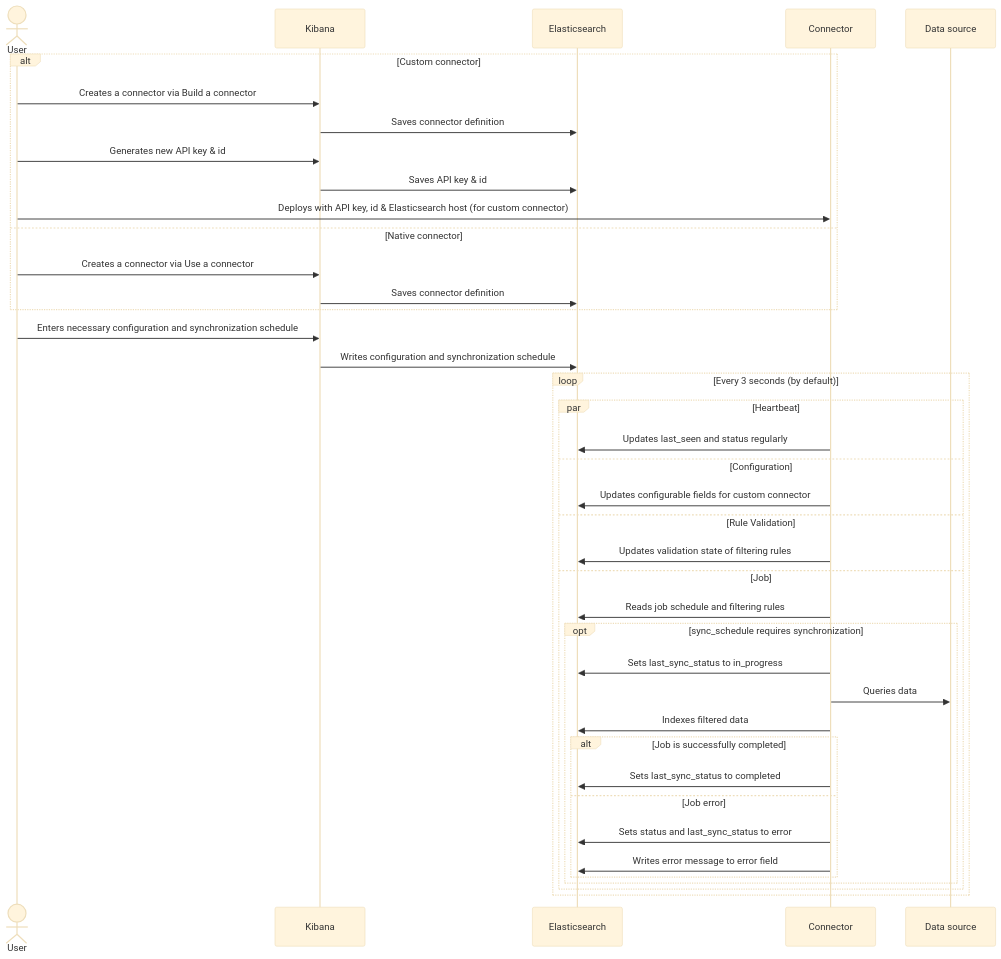
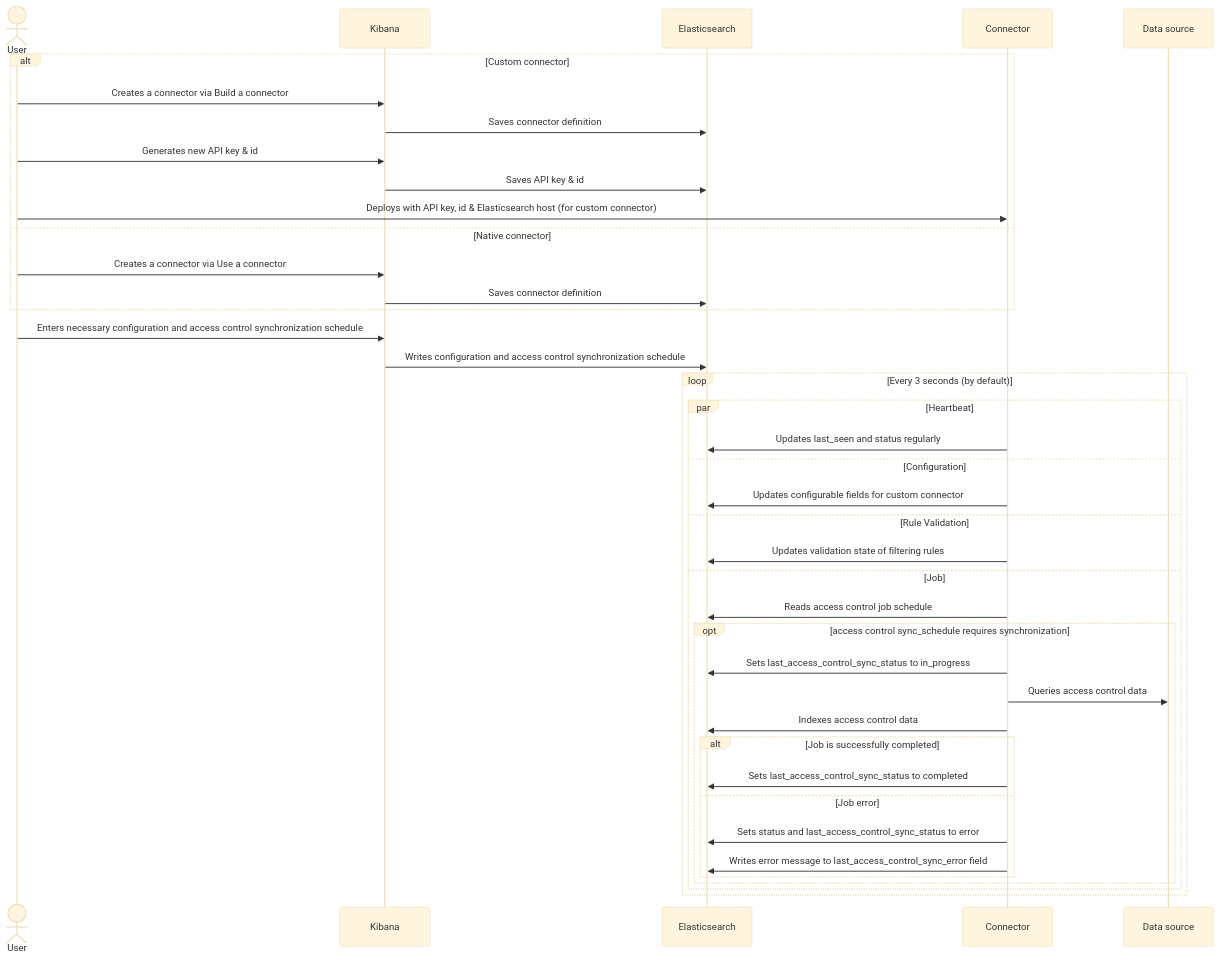
Before and after one commit to elastic/connectors: the second of 2 diagrams in docs/CONNECTOR_PROTOCOL.md, drawn with Mermaid (base theme). The commit also changed other lines of this file, not shown here.

Commit message:
Add access control sync sequence diagram.

````diff
--- a/docs/CONNECTOR_PROTOCOL.md
+++ b/docs/CONNECTOR_PROTOCOL.md
@@ -518,42 +568,42 @@
 ```mermaid
 sequenceDiagram
     actor User
     participant Kibana
     participant Elasticsearch
     participant Connector
     participant Data source
     alt Custom connector
         User->>Kibana: Creates a connector via Build a connector
         Kibana->>Elasticsearch: Saves connector definition
         User->>Kibana: Generates new API key & id
         Kibana->>Elasticsearch: Saves API key & id
         User->>Connector: Deploys with API key, id & Elasticsearch host (for custom connector)
     else Native connector
         User->>Kibana: Creates a connector via Use a connector
         Kibana->>Elasticsearch: Saves connector definition
     end
-    User->>Kibana: Enters necessary configuration and synchronization schedule
-    Kibana->>Elasticsearch: Writes configuration and synchronization schedule
+    User->>Kibana: Enters necessary configuration and access control synchronization schedule
+    Kibana->>Elasticsearch: Writes configuration and access control synchronization schedule
     loop Every 3 seconds (by default)
         par Heartbeat
             Connector->>Elasticsearch: Updates last_seen and status regularly
         and Configuration
             Connector->>Elasticsearch: Updates configurable fields for custom connector
         and Rule Validation
             Connector->>Elasticsearch: Updates validation state of filtering rules
         and Job
-            Connector->>Elasticsearch: Reads job schedule and filtering rules
-            opt sync_schedule requires synchronization
-                Connector->>Elasticsearch: Sets last_sync_status to in_progress
-                Connector->>Data source: Queries data
-                Connector->>Elasticsearch: Indexes filtered data
+            Connector->>Elasticsearch: Reads access control job schedule
+            opt access control sync_schedule requires synchronization
+                Connector->>Elasticsearch: Sets last_access_control_sync_status to in_progress
+                Connector->>Data source: Queries access control data
+                Connector->>Elasticsearch: Indexes access control data
                 alt Job is successfully completed
-                    Connector->>Elasticsearch: Sets last_sync_status to completed
+                    Connector->>Elasticsearch: Sets last_access_control_sync_status to completed
                 else Job error
-                    Connector->>Elasticsearch: Sets status and last_sync_status to error
-                    Connector->>Elasticsearch: Writes error message to error field
+                    Connector->>Elasticsearch: Sets status and last_access_control_sync_status to error
+                    Connector->>Elasticsearch: Writes error message to last_access_control_sync_error field
                 end
             end
         end
     end
 ```
````
